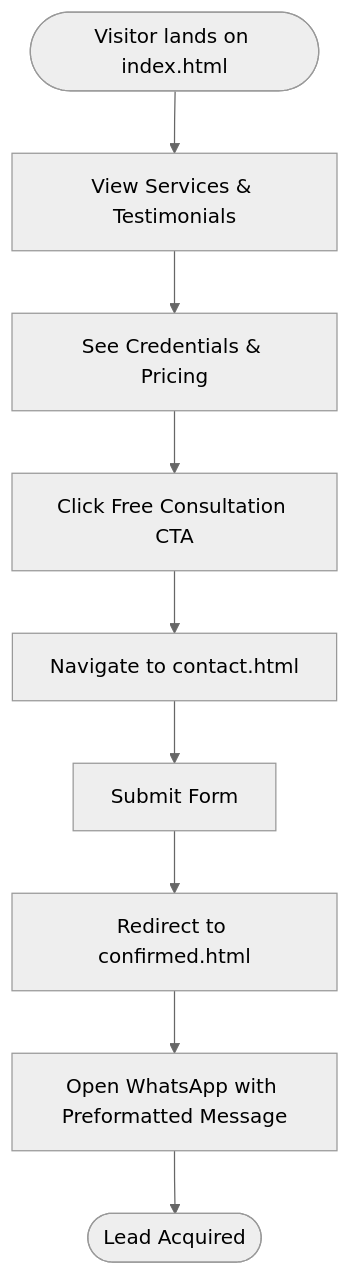
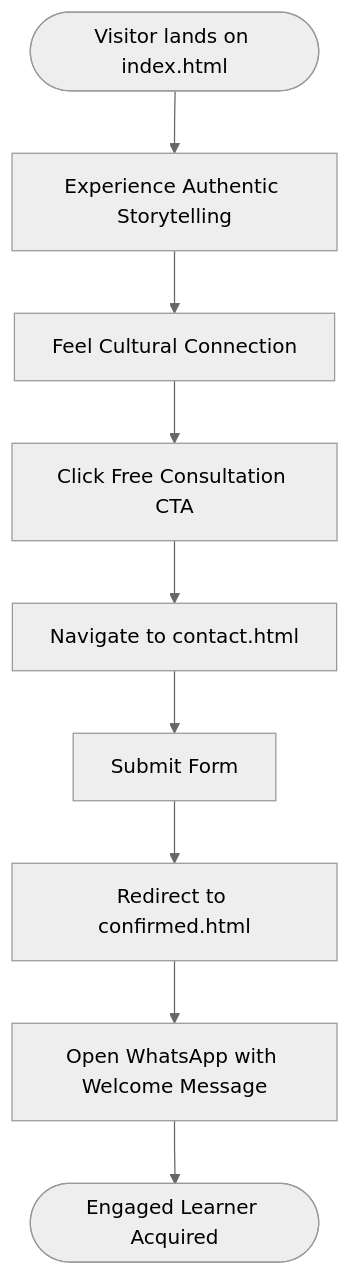
One commit to lynchip/graduates changed the third of 8 diagrams in .qoder/repowiki/en/content/Project Overview/Marketing Approach & Conversion Strategy.md. Above: the diagram before and after it, drawn with Mermaid (neutral theme). The commit also changed other lines of this file and 12 other files, not shown here.

````diff
--- a/.qoder/repowiki/en/content/Project Overview/Marketing Approach & Conversion Strategy.md
+++ b/.qoder/repowiki/en/content/Project Overview/Marketing Approach & Conversion Strategy.md
@@ -129,11 +142,11 @@
 ```mermaid
 flowchart TD
-Start(["Visitor lands on index.html"]) --> Services["View Services & Testimonials"]
-Services --> Credentials["See Credentials & Pricing"]
-Credentials --> FreeConsult["Click Free Consultation CTA"]
+Start(["Visitor lands on index.html"]) --> Storytelling["Experience Authentic Storytelling"]
+Storytelling --> Cultural["Feel Cultural Connection"]
+Cultural --> FreeConsult["Click Free Consultation CTA"]
 FreeConsult --> ContactPage["Navigate to contact.html"]
 ContactPage --> FormSubmit["Submit Form"]
 FormSubmit --> Redirect["Redirect to confirmed.html"]
-Redirect --> WhatsApp["Open WhatsApp with Preformatted Message"]
-WhatsApp --> End(["Lead Acquired"])
+Redirect --> WhatsApp["Open WhatsApp with Welcome Message"]
+WhatsApp --> End(["Engaged Learner Acquired"])
 ```
````
